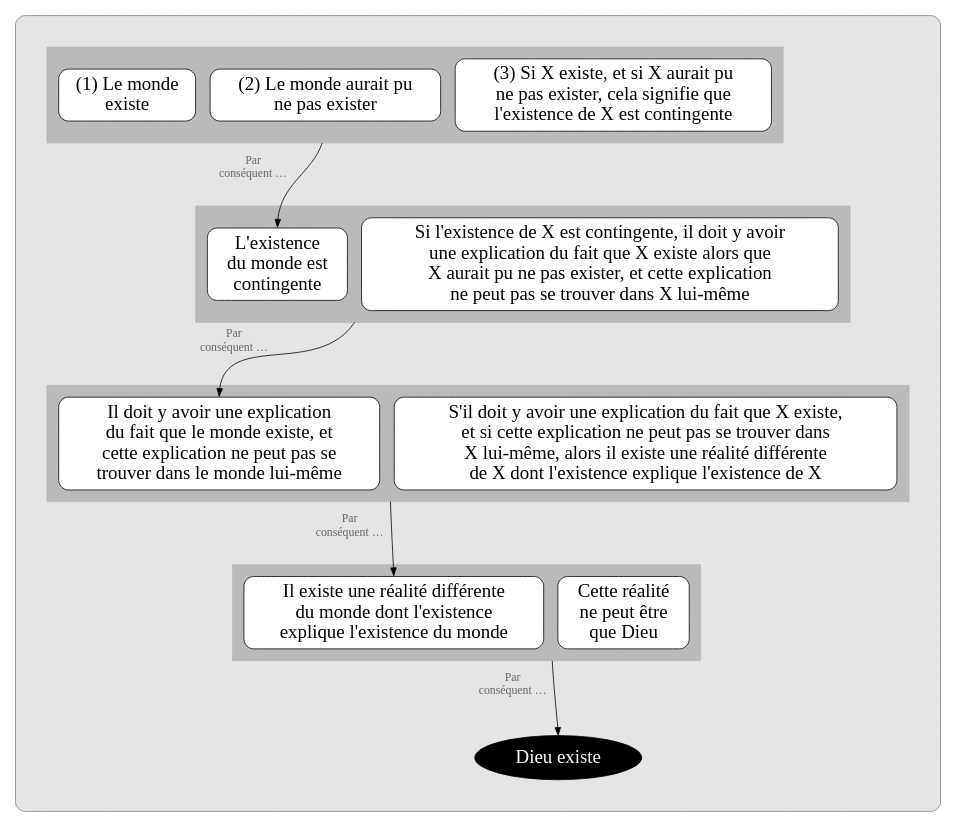
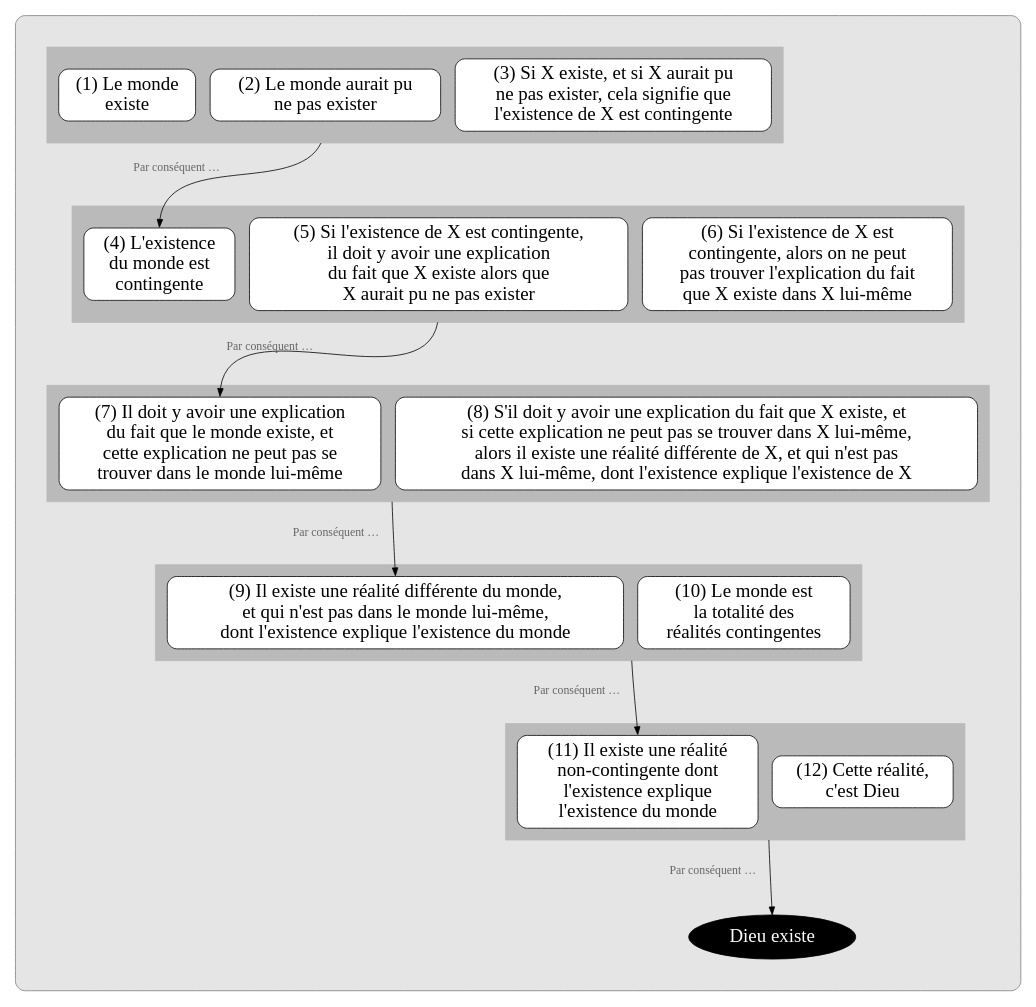
Before and after one commit to eyssette/graphviz-examples: the diagram in argument/argument-cosmologique1.dot, drawn with Graphviz.

```diff
--- a/argument/argument-cosmologique1.dot
+++ b/argument/argument-cosmologique1.dot
@@ -1,117 +1,138 @@
 digraph G {
 splines=true
 newrank=true
 compound=true
 
 
 node[color=red3, style="rounded, filled", shape="box", fillcolor=white, penwidth=1, fontcolor=black, fontsize=16, margin=0.1]
 
 
 node[shape=box, fillcolor=white, style="filled,rounded", color=black, fontsize=24, penwidth=1,fontcolor=black, margin=0.1]
 edge[minlen=2,color=red3, penwidth=0.8, arrowsize=0.8, label=" Mais …", fontcolor=red4,fontsize=12]
 //{rank=same;o1->p1[dir=back]}
 
 
 subgraph cluster_0 {
 bgcolor=grey90
 style=rounded
 color=grey50
 margin=40
 
 
 
 node[shape=box, fillcolor=white, style="filled,rounded", color=black]
-edge[label="",xlabel="Par
-conséquent …",fontcolor=grey40;fontsize=15,minlen=3,color=black,penwidth=1, arrowsize=1]
+edge[label="",xlabel="Par conséquent … ",fontcolor=grey40;fontsize=15,minlen=3,color=black,penwidth=1, arrowsize=1]
 
 
 
 subgraph cluster_1 {
 style="box"
 margin=15
 bgcolor=grey73
 color=grey73
 
 p1[label="(1) Le monde
 existe"]
 p2[label="(2) Le monde aurait pu
 ne pas exister"]
 p3[label="(3) Si X existe, et si X aurait pu
 ne pas exister, cela signifie que
 l'existence de X est contingente"]
 }
 
 
 {rank=same;p1->p2->p3[style=invis,xlabel="",minlen=1]}
 
 //p2:s->p3:n[ltail=cluster_1]
 //p2:w->p3:n[ltail=cluster_1]
 //p3[label="(3) Lemme 1"]
 
 p2:s->p4:n[ltail=cluster_1]
 
 subgraph cluster_2 {
 style="box"
 margin=15
 bgcolor=grey73
 color=grey73
-p4[label="L'existence
+
+p4[label="(4) L'existence
 du monde est
 contingente"]
 
-p5[label="Si l'existence de X est contingente, il doit y avoir
-une explication du fait que X existe alors que
-X aurait pu ne pas exister, et cette explication
-ne peut pas se trouver dans X lui-même"]
+p5[label="(5) Si l'existence de X est contingente,
+il doit y avoir une explication
+du fait que X existe alors que
+X aurait pu ne pas exister"]
+
+p6[label="(6) Si l'existence de X est
+contingente, alors on ne peut
+pas trouver l'explication du fait
+que X existe dans X lui-même"]
 }
-{rank=same;p4->p5[style=invis,xlabel="",minlen=1]}
+{rank=same;p4->p5->p6[style=invis,xlabel="",minlen=1]}
 
-p5:w->p6:n[ltail=cluster_2]
+p5:s->p7:n[ltail=cluster_2]
 
 
 subgraph cluster_3 {
 style="box"
 margin=15
 bgcolor=grey73
 color=grey73
-p6[label="Il doit y avoir une explication
+p7[label="(7) Il doit y avoir une explication
 du fait que le monde existe, et
 cette explication ne peut pas se
 trouver dans le monde lui-même"]
 
-p7[label="S'il doit y avoir une explication du fait que X existe,
-et si cette explication ne peut pas se trouver dans
-X lui-même, alors il existe une réalité différente
-de X dont l'existence explique l'existence de X"]
+p8[label="(8) S'il doit y avoir une explication du fait que X existe, et
+si cette explication ne peut pas se trouver dans X lui-même,
+alors il existe une réalité différente de X, et qui n'est pas
+dans X lui-même, dont l'existence explique l'existence de X"]
 }
-{rank=same;p6->p7[style=invis,xlabel="",minlen=1]}
+{rank=same;p7->p8[style=invis,xlabel="",minlen=1]}
 
-p7:w->p8:n[ltail=cluster_3]
+p8:w->p9:n[ltail=cluster_3]
 
 
 subgraph cluster_4 {
 style="box"
 margin=15
 bgcolor=grey73
 color=grey73
-p8[label="Il existe une réalité différente
-du monde dont l'existence
-explique l'existence du monde"]
-p9[label="Cette réalité
-ne peut être
-que Dieu"]
+p9[label="(9) Il existe une réalité différente du monde,
+et qui n'est pas dans le monde lui-même,
+dont l'existence explique l'existence du monde"]
+p10[label="(10) Le monde est
+la totalité des
+réalités contingentes"]
 }
-{rank=same;p8->p9[style=invis,xlabel="",minlen=1]}
+{rank=same;p9->p10[style=invis,xlabel="",minlen=1]}
 
-p9:w->C:n[ltail=cluster_4]
+p10:w->p11:n[ltail=cluster_4]
+
+subgraph cluster_5 {
+style="box"
+margin=15
+bgcolor=grey73
+color=grey73
+p11[label="(11) Il existe une réalité
+non-contingente dont
+l'existence explique
+l'existence du monde"]
+p12[label="(12) Cette réalité,
+c'est Dieu"]
+}
+{rank=same;p11->p12[style=invis,xlabel="",minlen=1]}
+
+p12:w->C:n[ltail=cluster_5]
 
 C[label="Dieu existe",fillcolor=black, fontcolor=white, color=black, shape=ellipse]
 
 
 }
 
 node[color=red3, style="rounded, filled", shape="box", fillcolor=white, penwidth=1, fontcolor=black, fontsize=16, margin=0.1]
 
 //{rank=same;p4->o2}
 
 }
```
